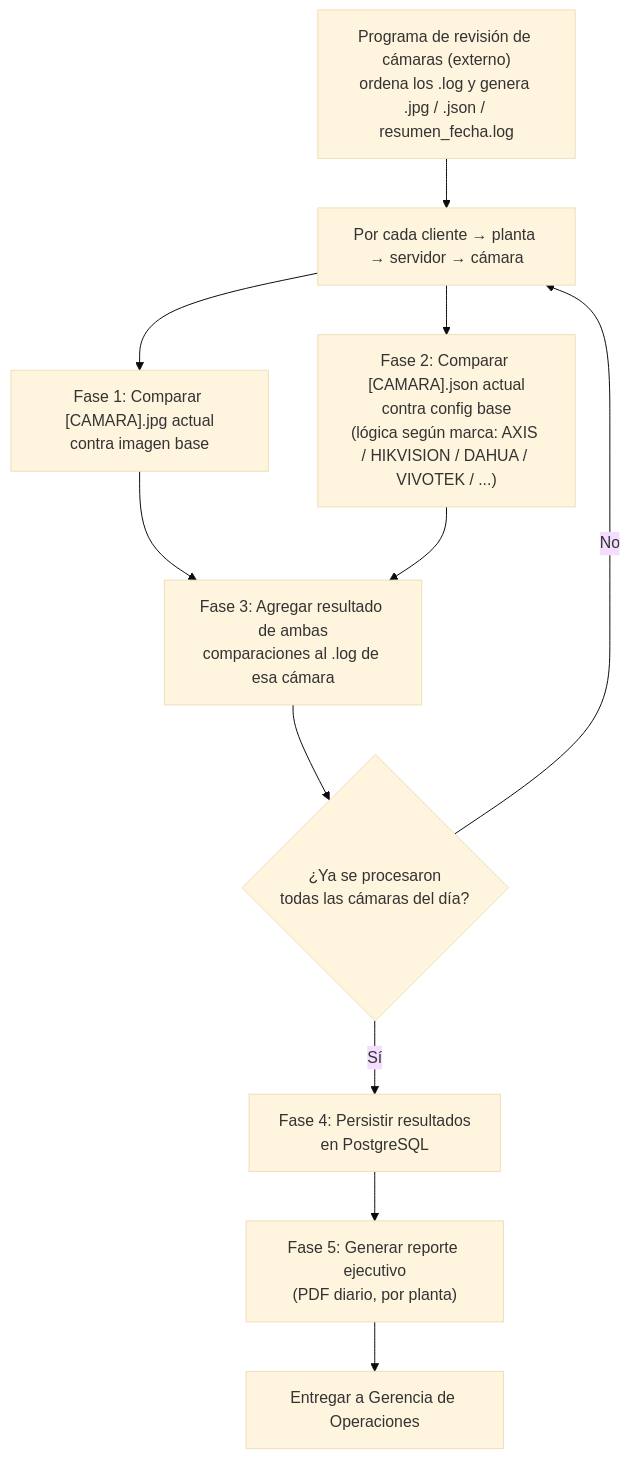
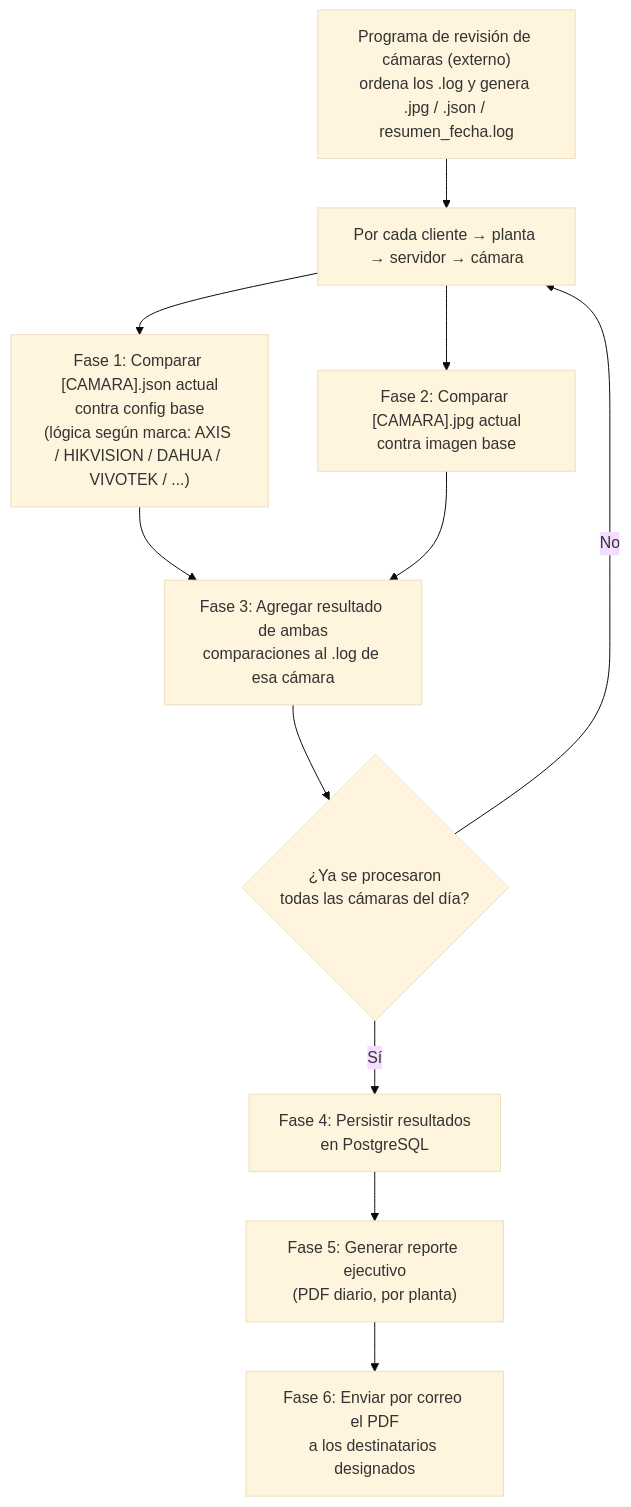
One commit to imedina27/plant_report changed the diagram in ROADMAP.md. Above: the diagram before and after it, drawn with Mermaid (base theme). The commit also changed other lines of this file, not shown here.

First line of the commit message:
Swap JSON/image comparison order and add Fase 6 (email delivery)

````diff
--- a/ROADMAP.md
+++ b/ROADMAP.md
@@ -84,18 +85,18 @@
 ```mermaid
 flowchart TD
     A["Programa de revisión de cámaras (externo)<br/>ordena los .log y genera .jpg / .json / resumen_fecha.log"]
     A --> B["Por cada cliente → planta → servidor → cámara"]
 
-    B --> C["Fase 1: Comparar [CAMARA].jpg actual<br/>contra imagen base"]
-    B --> D["Fase 2: Comparar [CAMARA].json actual<br/>contra config base<br/>(lógica según marca: AXIS / HIKVISION / DAHUA / VIVOTEK / ...)"]
+    B --> C["Fase 1: Comparar [CAMARA].json actual<br/>contra config base<br/>(lógica según marca: AXIS / HIKVISION / DAHUA / VIVOTEK / ...)"]
+    B --> D["Fase 2: Comparar [CAMARA].jpg actual<br/>contra imagen base"]
 
     C --> E["Fase 3: Agregar resultado de ambas<br/>comparaciones al .log de esa cámara"]
     D --> E
 
     E --> F{"¿Ya se procesaron<br/>todas las cámaras del día?"}
     F -- No --> B
     F -- Sí --> G["Fase 4: Persistir resultados<br/>en PostgreSQL"]
 
     G --> H["Fase 5: Generar reporte ejecutivo<br/>(PDF diario, por planta)"]
-    H --> I["Entregar a Gerencia de Operaciones"]
+    H --> I["Fase 6: Enviar por correo el PDF<br/>a los destinatarios designados"]
 ```
````
